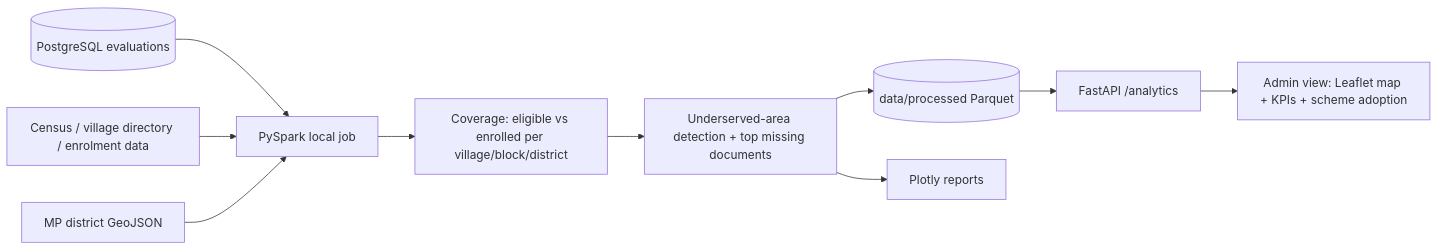
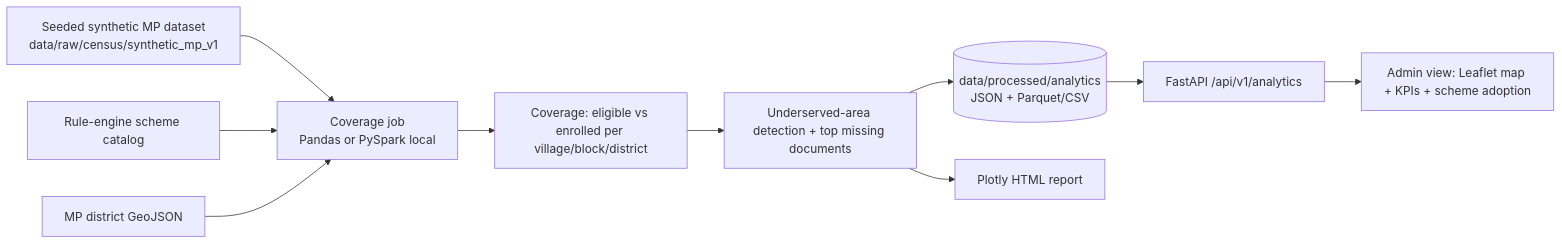
Before and after one commit to ParthG2209/AI-Citizen-Assistant: the second of 2 diagrams in README.md, drawn with Mermaid. The commit also changed other lines of this file and 48 other files, not shown here.

First line of the commit message:
docs: frontend integration guide, API spec, architecture, real fixtures; fail-fast DB + .env loading

````diff
--- a/README.md
+++ b/README.md
@@ -300,12 +400,12 @@
 ```mermaid
 flowchart LR
-    A[(PostgreSQL evaluations)] --> C[PySpark local job]
-    B[Census / village directory / enrolment data] --> C
+    A[Seeded synthetic MP dataset<br/>data/raw/census/synthetic_mp_v1] --> C[Coverage job<br/>Pandas or PySpark local]
+    B[Rule-engine scheme catalog] --> C
     G[MP district GeoJSON] --> C
     C --> D[Coverage: eligible vs enrolled per village/block/district]
     D --> E[Underserved-area detection + top missing documents]
-    E --> F[(data/processed Parquet)]
-    F --> H[FastAPI /analytics]
+    E --> F[(data/processed/analytics<br/>JSON + Parquet/CSV)]
+    F --> H[FastAPI /api/v1/analytics]
     H --> I[Admin view: Leaflet map + KPIs + scheme adoption]
-    E --> P[Plotly reports]
+    E --> P[Plotly HTML report]
 ```
````
